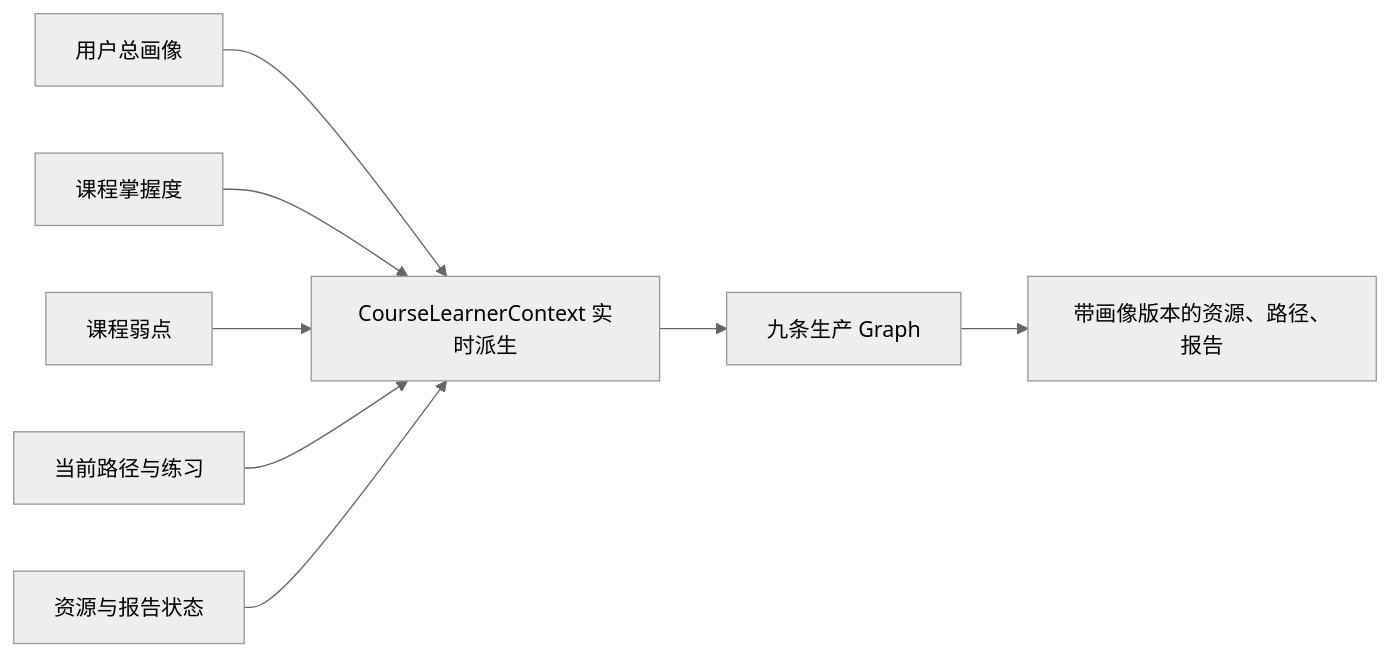
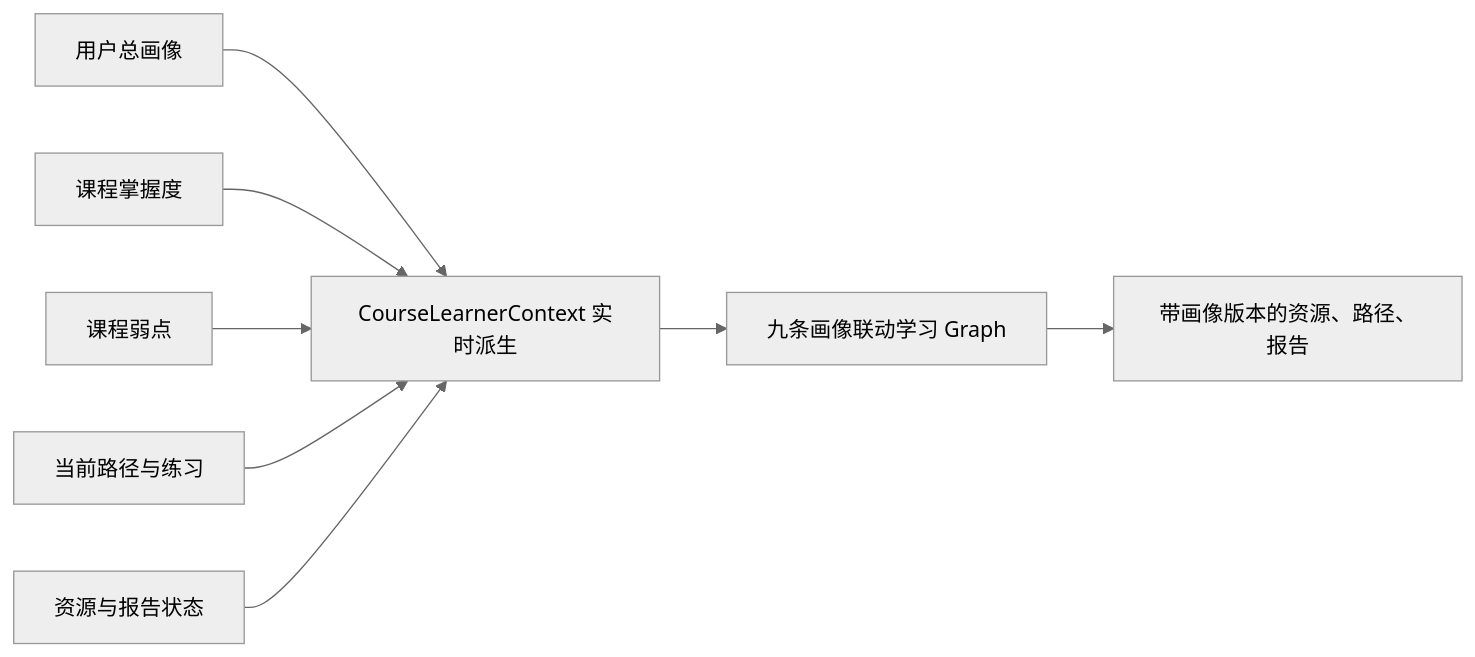
The diagram in docs/ARCHITECTURE.md (woshimaxfive/EduNova), drawn with Mermaid (neutral theme) before and after one commit. The commit also changed other lines of this file and 50 other files, not shown here.

````diff
--- a/docs/ARCHITECTURE.md
+++ b/docs/ARCHITECTURE.md
@@ -632,10 +624,10 @@
 ```mermaid
 flowchart LR
   P["用户总画像"] --> C["CourseLearnerContext 实时派生"]
   M["课程掌握度"] --> C
   W["课程弱点"] --> C
   T["当前路径与练习"] --> C
   R["资源与报告状态"] --> C
-  C --> G["九条生产 Graph"]
+  C --> G["九条画像联动学习 Graph"]
   G --> A["带画像版本的资源、路径、报告"]
 ```
````
